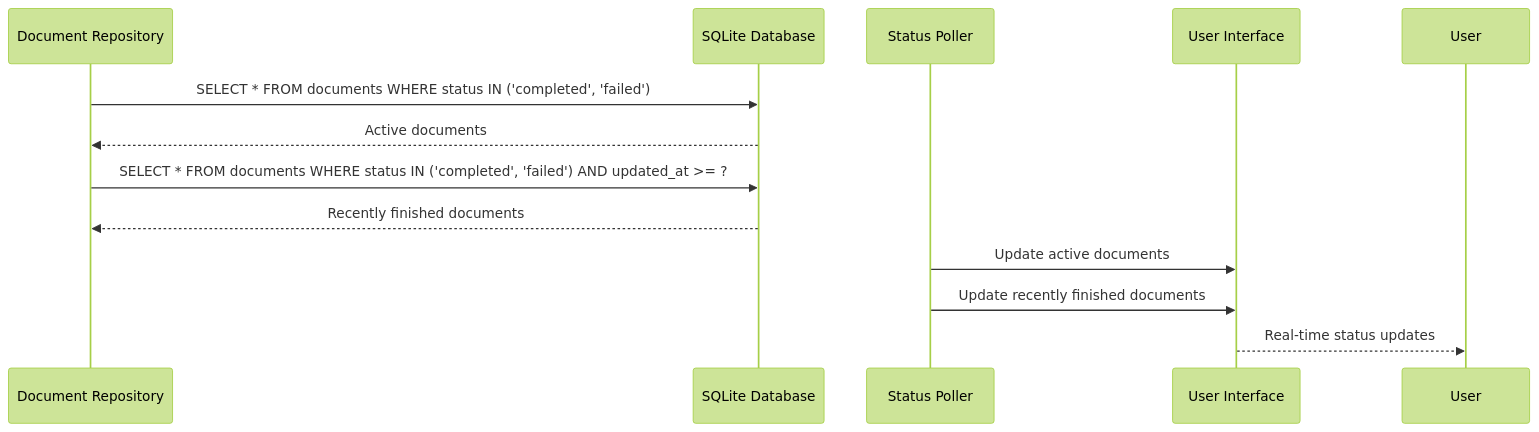
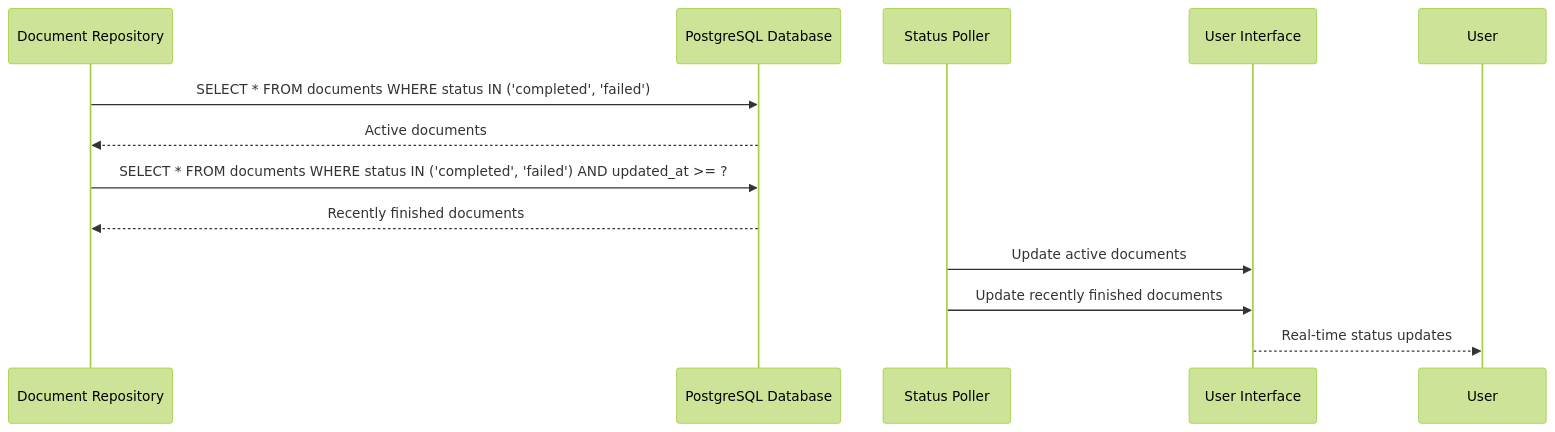
One commit to ognelis/cafetera_hr_bot changed diagram 21 of 26 in .qoder/repowiki/en/content/Document Management System.md. Above: the diagram before and after it, drawn with Mermaid (forest theme). The commit also changed other lines of this file and 13 other files, not shown here.

````diff
--- a/.qoder/repowiki/en/content/Document Management System.md
+++ b/.qoder/repowiki/en/content/Document Management System.md
@@ -2252,14 +2307,14 @@
 ```mermaid
 sequenceDiagram
 participant Repo as Document Repository
-participant DB as SQLite Database
+participant DB as PostgreSQL Database
 participant StatusPoller as Status Poller
 participant UI as User Interface
 Repo->>DB : SELECT * FROM documents WHERE status IN ('completed', 'failed')
 DB-->>Repo : Active documents
 Repo->>DB : SELECT * FROM documents WHERE status IN ('completed', 'failed') AND updated_at >= ?
 DB-->>Repo : Recently finished documents
 StatusPoller->>UI : Update active documents
 StatusPoller->>UI : Update recently finished documents
 UI-->>User : Real-time status updates
 ```
````
